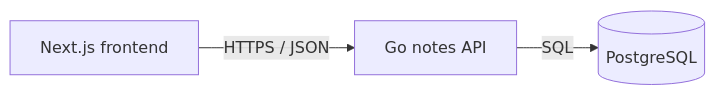
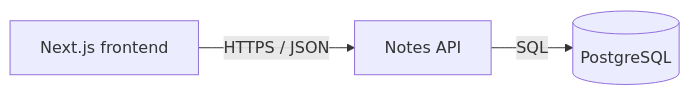
One commit to ThanhNV121097/project-ec1c9631 changed the diagram in docs/architecture/services.md. Above: the diagram before and after it, drawn with Mermaid. The commit also changed other lines of this file, not shown here.

Commit message:
docs: add notes service design

````diff
--- a/docs/architecture/services.md
+++ b/docs/architecture/services.md
@@ -8,5 +8,5 @@
 ```mermaid
 flowchart LR
-    Browser[Next.js frontend] -->|HTTPS / JSON| API[Go notes API]
+    Browser[Next.js frontend] -->|HTTPS / JSON| API[Notes API]
     API -->|SQL| DB[(PostgreSQL)]
 ```
````
